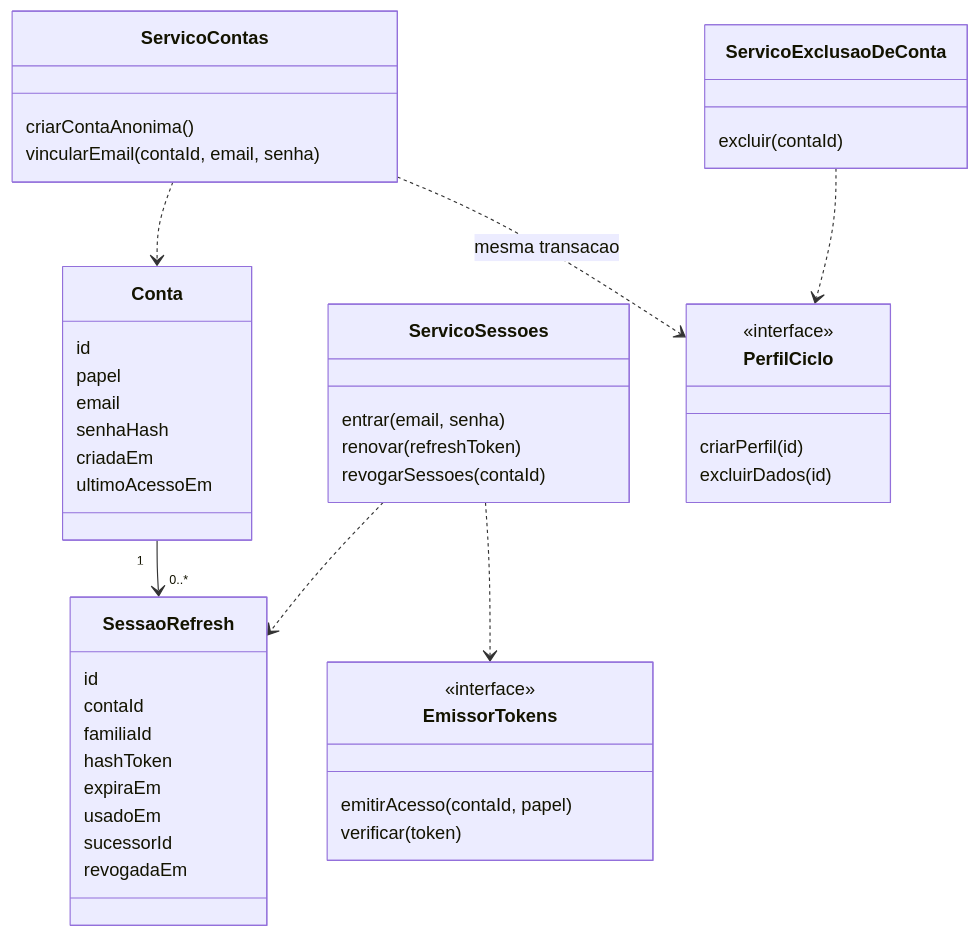
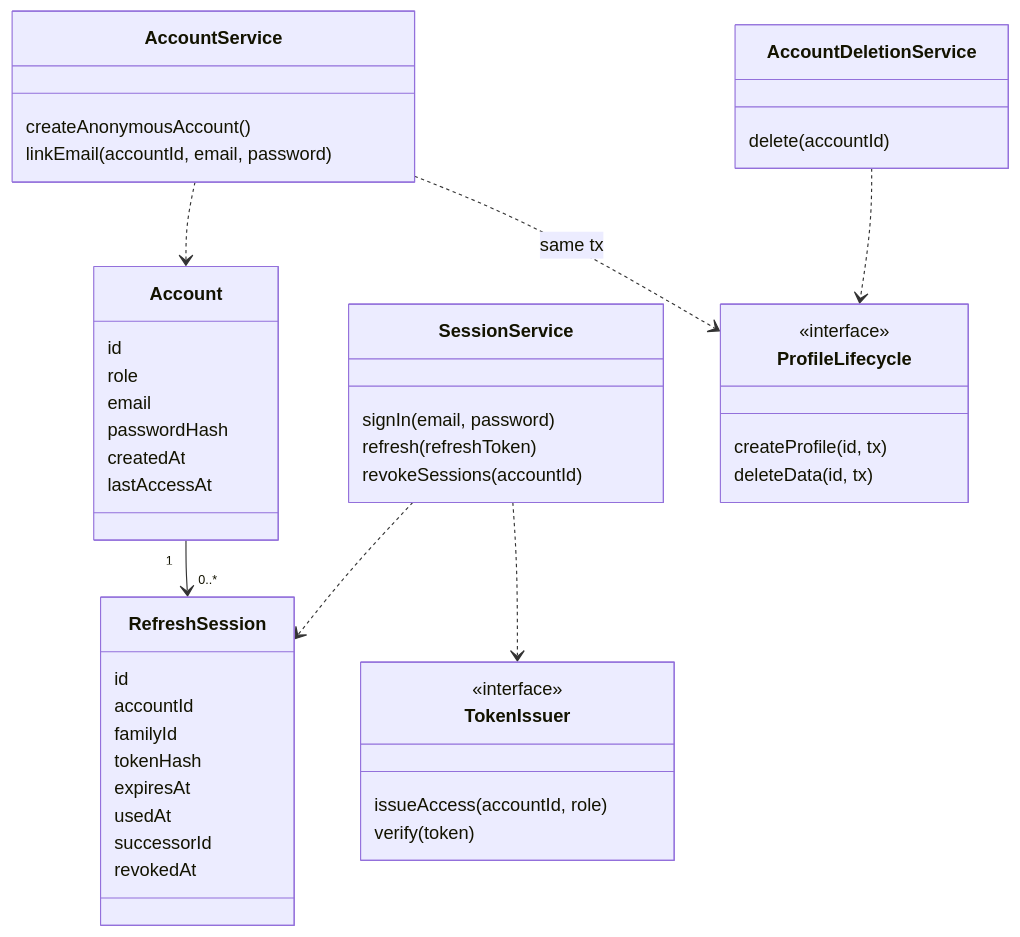
Before and after one commit to AnnyFilgueiras/projeto_tsi: the fifth of 11 diagrams in docs/fase2/2.6-diagramas_fluxos_contratos/diagrama-classes.md, drawn with Mermaid. The commit also changed other lines of this file and 4 other files, not shown here.

Commit message:
docs: update class diagram and sequences to v1.1 (English identifiers, Tx)

````diff
--- a/docs/fase2/2.6-diagramas_fluxos_contratos/diagrama-classes.md
+++ b/docs/fase2/2.6-diagramas_fluxos_contratos/diagrama-classes.md
@@ -292,49 +308,49 @@
 ```mermaid
 classDiagram
-  class Conta {
+  class Account {
     id
-    papel
+    role
     email
-    senhaHash
-    criadaEm
-    ultimoAcessoEm
+    passwordHash
+    createdAt
+    lastAccessAt
   }
-  class SessaoRefresh {
+  class RefreshSession {
     id
-    contaId
-    familiaId
-    hashToken
-    expiraEm
-    usadoEm
-    sucessorId
-    revogadaEm
+    accountId
+    familyId
+    tokenHash
+    expiresAt
+    usedAt
+    successorId
+    revokedAt
   }
-  class ServicoContas {
-    criarContaAnonima()
-    vincularEmail(contaId, email, senha)
+  class AccountService {
+    createAnonymousAccount()
+    linkEmail(accountId, email, password)
   }
-  class ServicoSessoes {
-    entrar(email, senha)
-    renovar(refreshToken)
-    revogarSessoes(contaId)
+  class SessionService {
+    signIn(email, password)
+    refresh(refreshToken)
+    revokeSessions(accountId)
   }
-  class ServicoExclusaoDeConta {
-    excluir(contaId)
+  class AccountDeletionService {
+    delete(accountId)
   }
-  class EmissorTokens {
+  class TokenIssuer {
     <<interface>>
-    emitirAcesso(contaId, papel)
-    verificar(token)
+    issueAccess(accountId, role)
+    verify(token)
   }
-  class PerfilCiclo {
+  class ProfileLifecycle {
     <<interface>>
-    criarPerfil(id)
-    excluirDados(id)
+    createProfile(id, tx)
+    deleteData(id, tx)
   }
-  ServicoContas ..> Conta
-  ServicoContas ..> PerfilCiclo : mesma transacao
-  ServicoSessoes ..> SessaoRefresh
-  ServicoSessoes ..> EmissorTokens
-  ServicoExclusaoDeConta ..> PerfilCiclo
-  Conta "1" --> "0..*" SessaoRefresh
+  AccountService ..> Account
+  AccountService ..> ProfileLifecycle : same tx
+  SessionService ..> RefreshSession
+  SessionService ..> TokenIssuer
+  AccountDeletionService ..> ProfileLifecycle
+  Account "1" --> "0..*" RefreshSession
 ```
````
